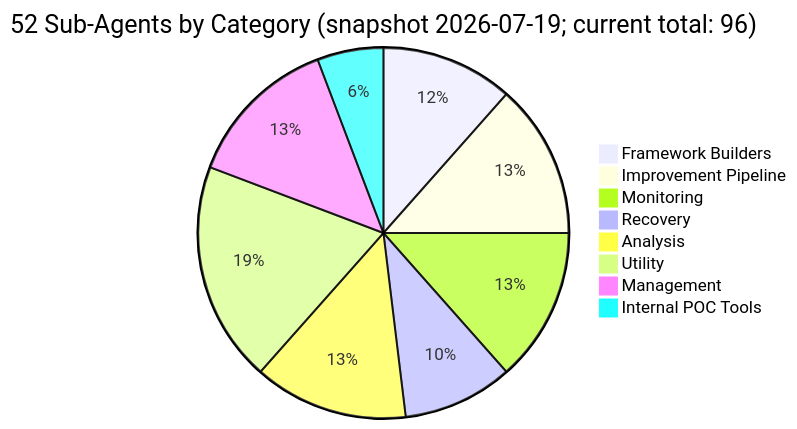
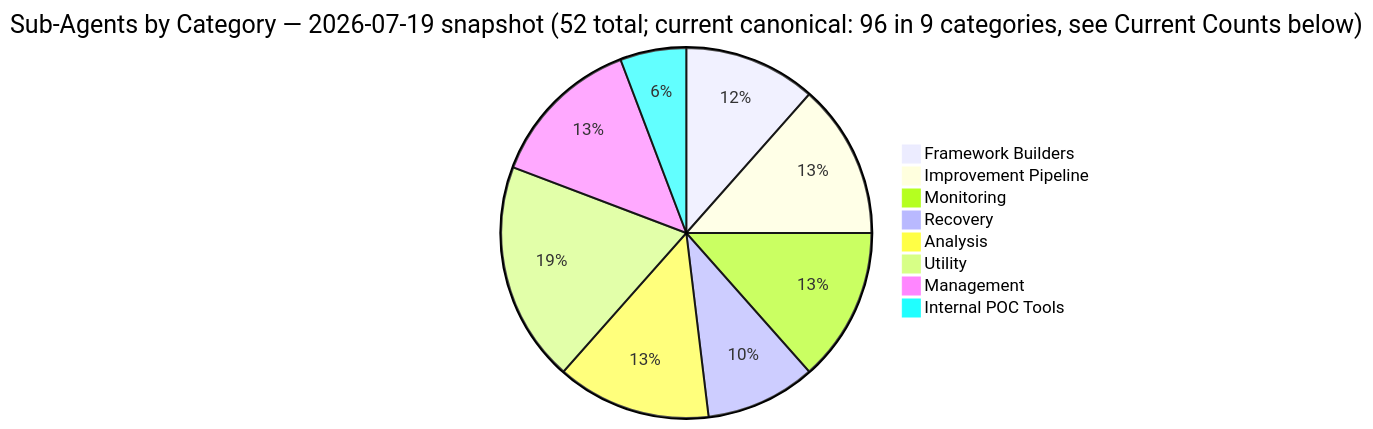
Before and after one commit to mczardybon/mas-engineer: the first of 4 diagrams in docs/agents.md, drawn with Mermaid. The commit also changed other lines of this file and 9 other files, not shown here.

First line of the commit message:
📝 DOCS — Konsistenz-Fix: 8-Stage Pipeline + 96 Sub-Agents + 57 Tools

````diff
--- a/docs/agents.md
+++ b/docs/agents.md
@@ -5,11 +5,11 @@
 ```mermaid
-pie title 52 Sub-Agents by Category (snapshot 2026-07-19; current total: 96)
+pie title Sub-Agents by Category — 2026-07-19 snapshot (52 total; current canonical: 96 in 9 categories, see Current Counts below)
     "Framework Builders" : 6
     "Improvement Pipeline" : 7
     "Monitoring" : 7
     "Recovery" : 5
     "Analysis" : 7
     "Utility" : 10
     "Management" : 7
     "Internal POC Tools" : 3
 ```
````
